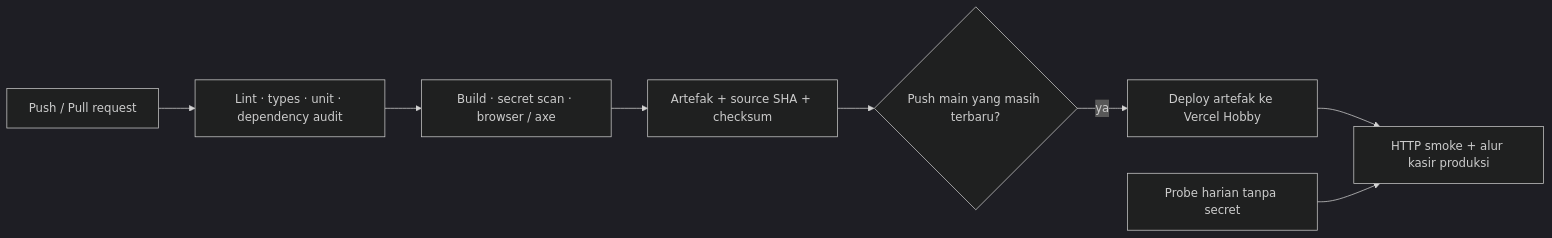
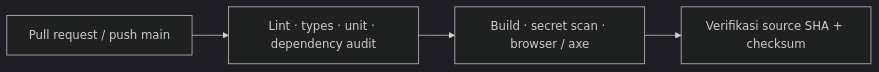
Before and after one commit to Adrian463588/auu-ahh-cafe-menu: the diagram in README.md, drawn with Mermaid (dark theme). The commit also changed other lines of this file and 8 other files, not shown here.

````diff
--- a/README.md
+++ b/README.md
@@ -20,10 +19,6 @@
 ```mermaid
 flowchart LR
-  A[Push / Pull request] --> B[Lint · types · unit · dependency audit]
+  A[Pull request / push main] --> B[Lint · types · unit · dependency audit]
   B --> C[Build · secret scan · browser / axe]
-  C --> D[Artefak + source SHA + checksum]
-  D --> E{Push main yang masih terbaru?}
-  E -->|ya| F[Deploy artefak ke Vercel Hobby]
-  F --> G[HTTP smoke + alur kasir produksi]
-  H[Probe harian tanpa secret] --> G
+  C --> D[Verifikasi source SHA + checksum]
 ```
````
